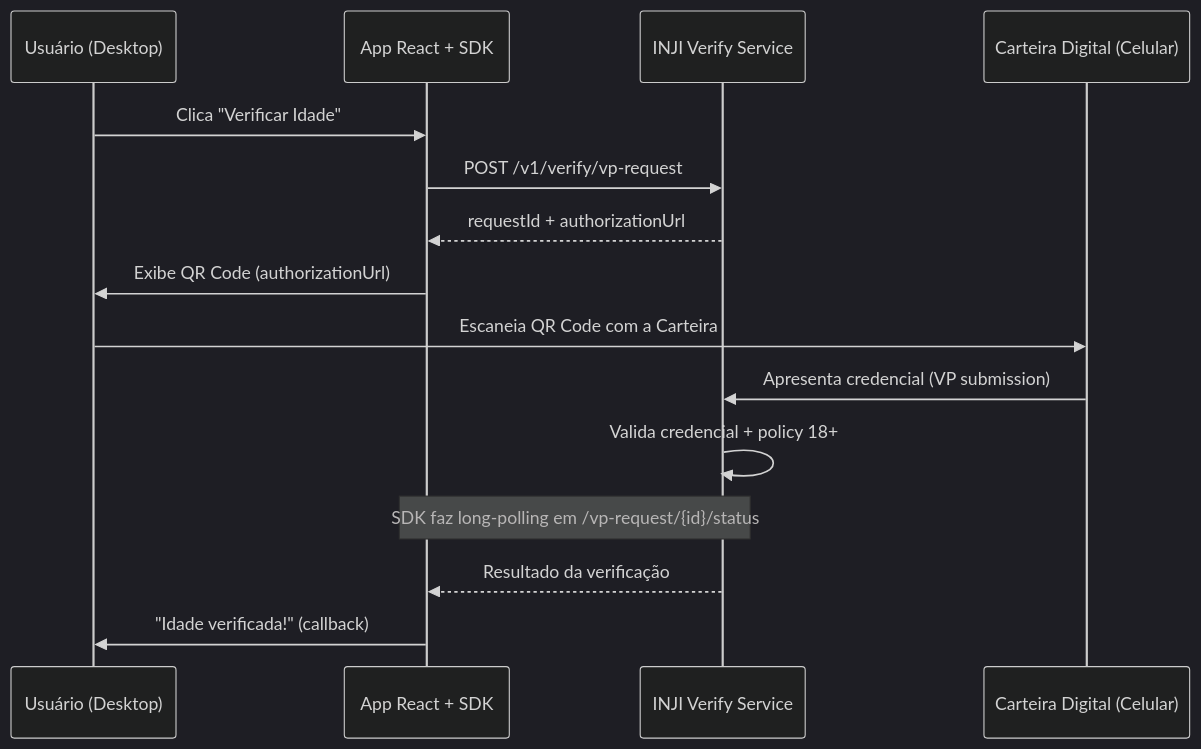
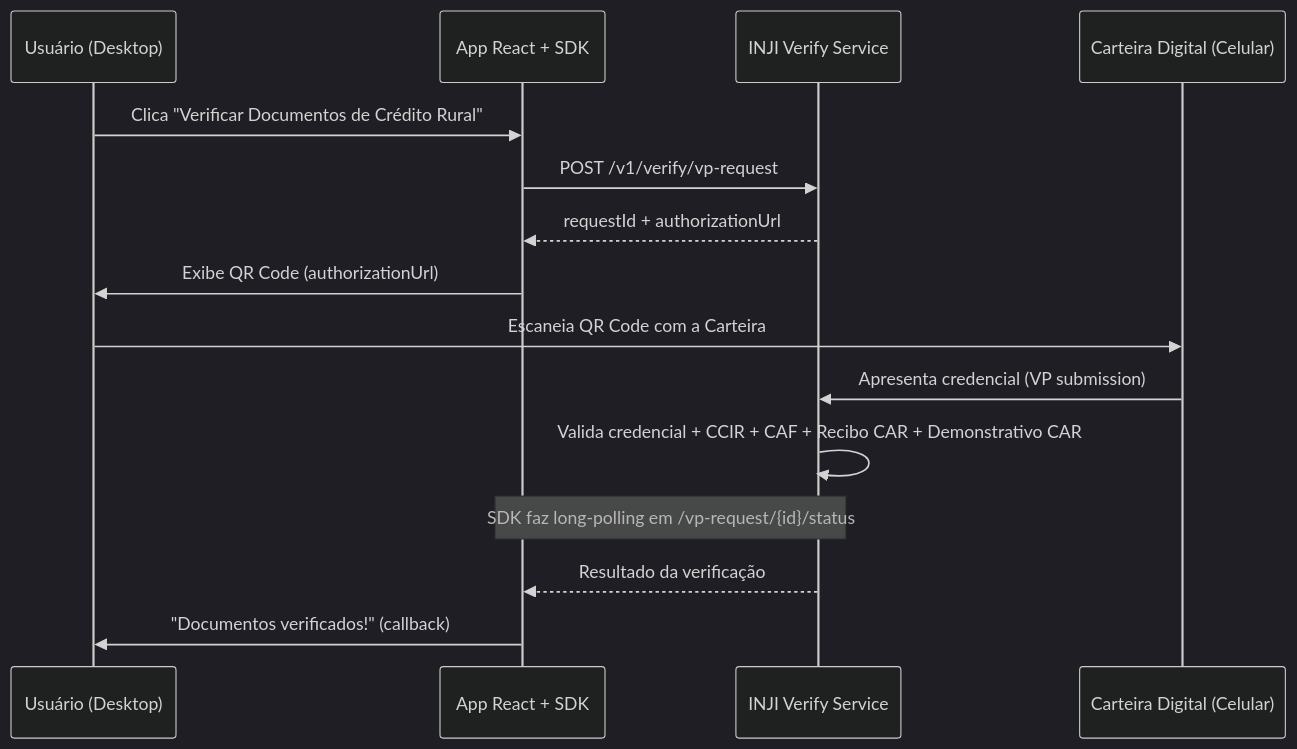
Before and after one commit to infraestrutura-digital/verifica-docs-rural_dev: the first of 2 diagrams in fluxo-verificacao.qmd, drawn with Mermaid (dark theme). The commit also changed other lines of this file and 10 other files, not shown here.

Commit message:
Limpeza para  considerar os documentos de crédito rural

````diff
--- a/fluxo-verificacao.qmd
+++ b/fluxo-verificacao.qmd
@@ -11,18 +11,18 @@
 ```{mermaid}
 sequenceDiagram
     participant U as Usuário (Desktop)
     participant SDK as App React + SDK
     participant VS as INJI Verify Service
     participant W as Carteira Digital (Celular)
 
-    U->>SDK: Clica "Verificar Idade"
+    U->>SDK: Clica "Verificar Documentos de Crédito Rural"
     SDK->>VS: POST /v1/verify/vp-request
     VS-->>SDK: requestId + authorizationUrl
     SDK->>U: Exibe QR Code (authorizationUrl)
     U->>W: Escaneia QR Code com a Carteira
     W->>VS: Apresenta credencial (VP submission)
-    VS->>VS: Valida credencial + policy 18+
+    VS->>VS: Valida credencial + CCIR + CAF + Recibo CAR + Demonstrativo CAR
     Note over SDK,VS: SDK faz long-polling em /vp-request/{id}/status
     VS-->>SDK: Resultado da verificação
-    SDK->>U: "Idade verificada!" (callback)
+    SDK->>U: "Documentos verificados!" (callback)
 ```
````
